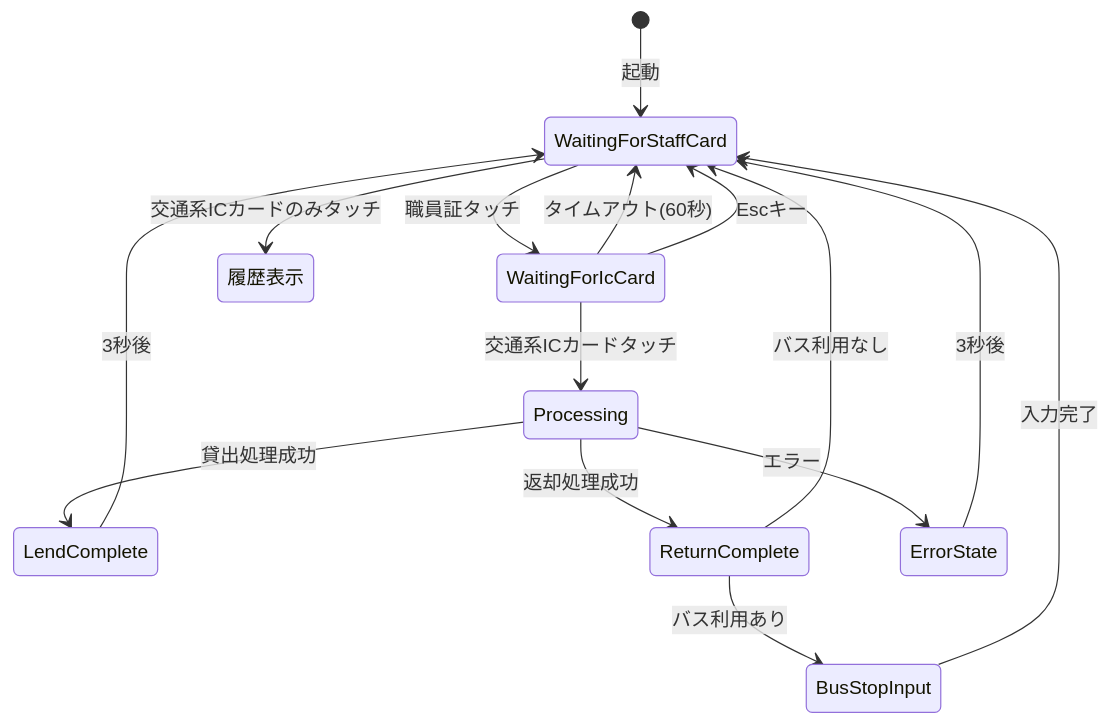
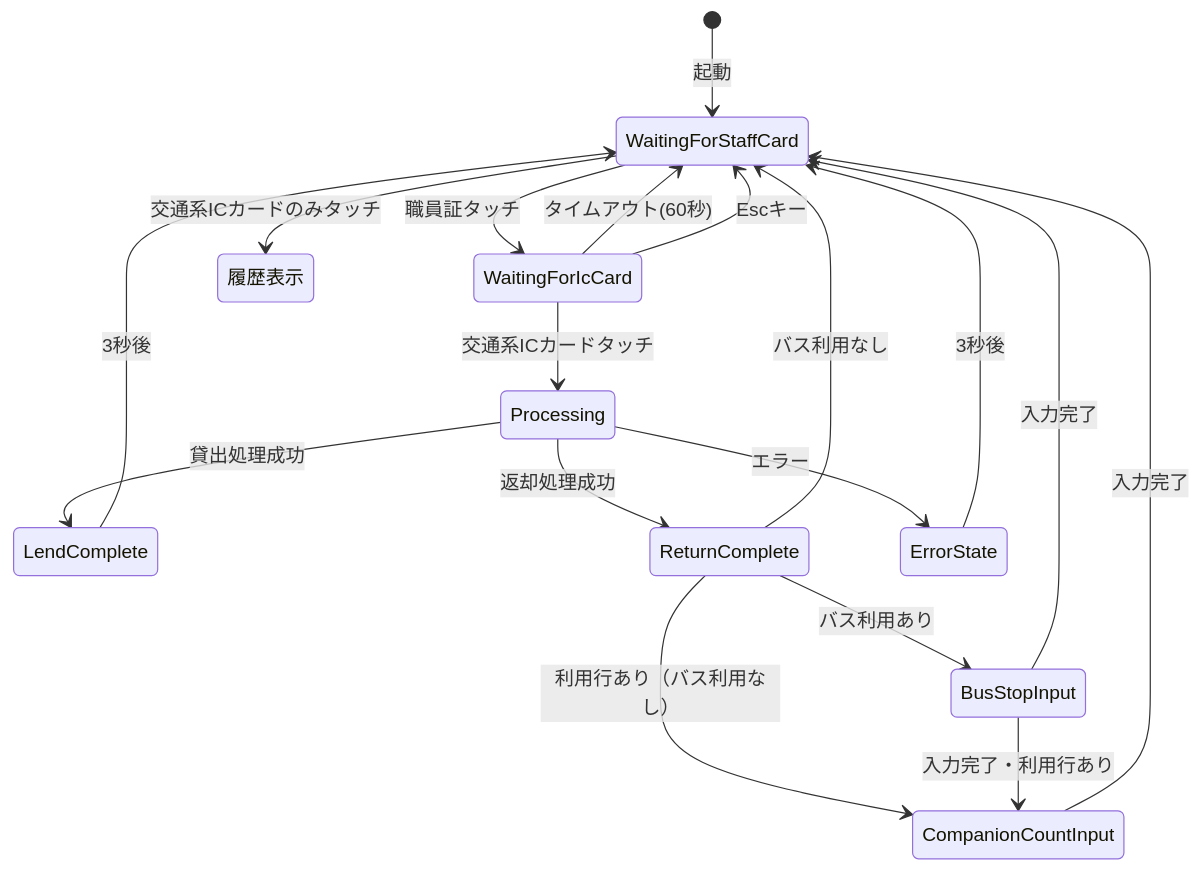
The second of 2 diagrams in ICCardManager/docs/design/03_画面設計書.md (kuwayamamasayuki/ICCardManager), drawn with Mermaid before and after one commit. The commit also changed other lines of this file and 52 other files, not shown here.

````diff
--- a/ICCardManager/docs/design/03_画面設計書.md
+++ b/ICCardManager/docs/design/03_画面設計書.md
@@ -261,23 +264,26 @@
 ```mermaid
 stateDiagram-v2
     [*] --> WaitingForStaffCard: 起動
 
     WaitingForStaffCard --> WaitingForIcCard: 職員証タッチ
     WaitingForStaffCard --> 履歴表示: 交通系ICカードのみタッチ
 
     WaitingForIcCard --> Processing: 交通系ICカードタッチ
     WaitingForIcCard --> WaitingForStaffCard: タイムアウト(60秒)
     WaitingForIcCard --> WaitingForStaffCard: Escキー
 
     Processing --> LendComplete: 貸出処理成功
     Processing --> ReturnComplete: 返却処理成功
     Processing --> ErrorState: エラー
 
     LendComplete --> WaitingForStaffCard: 3秒後
     ReturnComplete --> BusStopInput: バス利用あり
+    ReturnComplete --> CompanionCountInput: 利用行あり（バス利用なし）
+    BusStopInput --> CompanionCountInput: 入力完了・利用行あり
+    CompanionCountInput --> WaitingForStaffCard: 入力完了
     ReturnComplete --> WaitingForStaffCard: バス利用なし
 
     BusStopInput --> WaitingForStaffCard: 入力完了
 
     ErrorState --> WaitingForStaffCard: 3秒後
 ```
````
